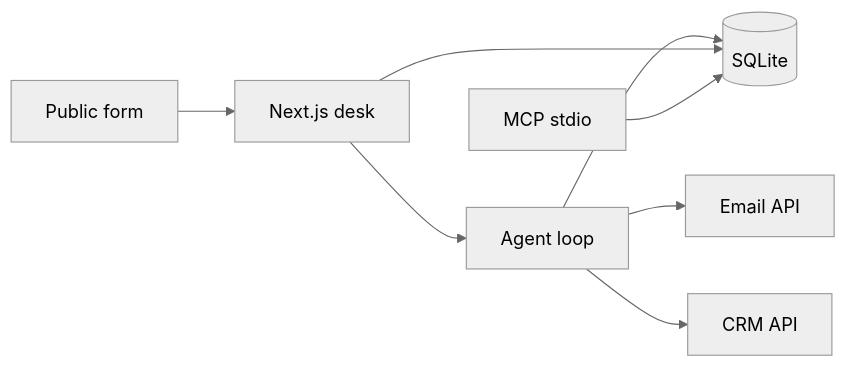
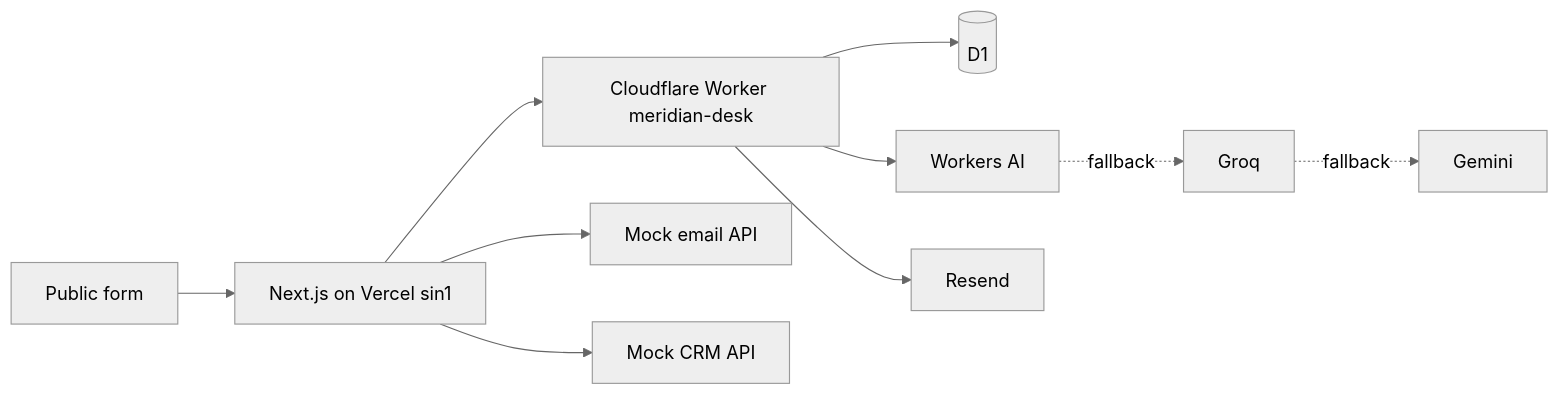
Before and after one commit to mustafaautomation/ai-sales-ops-agent: the first of 2 diagrams in README.md, drawn with Mermaid (neutral theme). The commit also changed other lines of this file and 75 other files, not shown here.

````diff
--- a/README.md
+++ b/README.md
@@ -75,18 +77,23 @@
 ```mermaid
 flowchart LR
   form[Public form]
-  desk[Next.js desk]
-  agent[Agent loop]
-  db[(SQLite)]
-  email[Email API]
-  crm[CRM API]
-  mcp[MCP stdio]
+  web[Next.js on Vercel sin1]
+  worker[Cloudflare Worker meridian-desk]
+  d1[(D1)]
+  ai[Workers AI]
+  groq[Groq]
+  gemini[Gemini]
+  resend[Resend]
+  email[Mock email API]
+  crm[Mock CRM API]
 
-  form --> desk
-  desk --> agent
-  agent --> db
-  desk --> db
-  agent --> email
-  agent --> crm
-  mcp --> db
+  form --> web
+  web --> worker
+  worker --> d1
+  worker --> ai
+  ai -.->|fallback| groq
+  groq -.->|fallback| gemini
+  worker --> resend
+  web --> email
+  web --> crm
 ```
````
